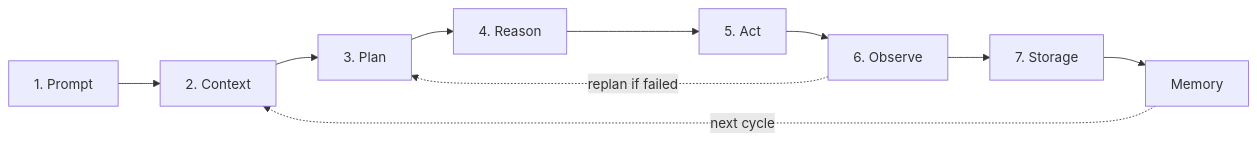
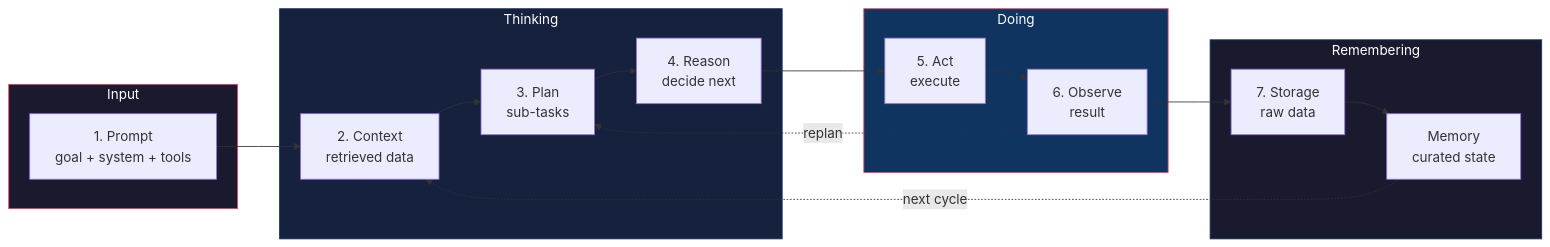
Before and after one commit to LifeJiggy/Prometheus-Loop: the diagram in core-only/agentic-ai-loop-core.mermaid, drawn with Mermaid. The commit also changed 5 other files, not shown here.

Commit message:
Add core-only README, improve mermaid diagrams with subgraphs and styles, add self-capabilities and shared-resources summaries

```diff
--- a/core-only/agentic-ai-loop-core.mermaid
+++ b/core-only/agentic-ai-loop-core.mermaid
@@ -1,5 +1,31 @@
 flowchart LR
-    A["1. Prompt"] --> B["2. Context"] --> C["3. Plan"] --> D["4. Reason"] --> E["5. Act"] --> F["6. Observe"]
-    F --> G["7. Storage"] --> H["Memory"]
+    subgraph INPUT["Input"]
+        A["1. Prompt<br/>goal + system + tools"]
+    end
+
+    subgraph THINK["Thinking"]
+        B["2. Context<br/>retrieved data"]
+        C["3. Plan<br/>sub-tasks"]
+        D["4. Reason<br/>decide next"]
+    end
+
+    subgraph DO["Doing"]
+        E["5. Act<br/>execute"]
+        F["6. Observe<br/>result"]
+    end
+
+    subgraph REMEMBER["Remembering"]
+        G["7. Storage<br/>raw data"]
+        H["Memory<br/>curated state"]
+    end
+
+    A --> B --> C --> D --> E --> F
+    F --> G
+    G --> H
     H -.next cycle.-> B
-    F -.replan if failed.-> C
+    F -.replan.-> C
+
+    style INPUT fill:#1a1a2e,color:#fff,stroke:#e94560
+    style THINK fill:#16213e,color:#fff,stroke:#0f3460
+    style DO fill:#0f3460,color:#fff,stroke:#e94560
+    style REMEMBER fill:#1a1a2e,color:#fff,stroke:#0f3460
```
